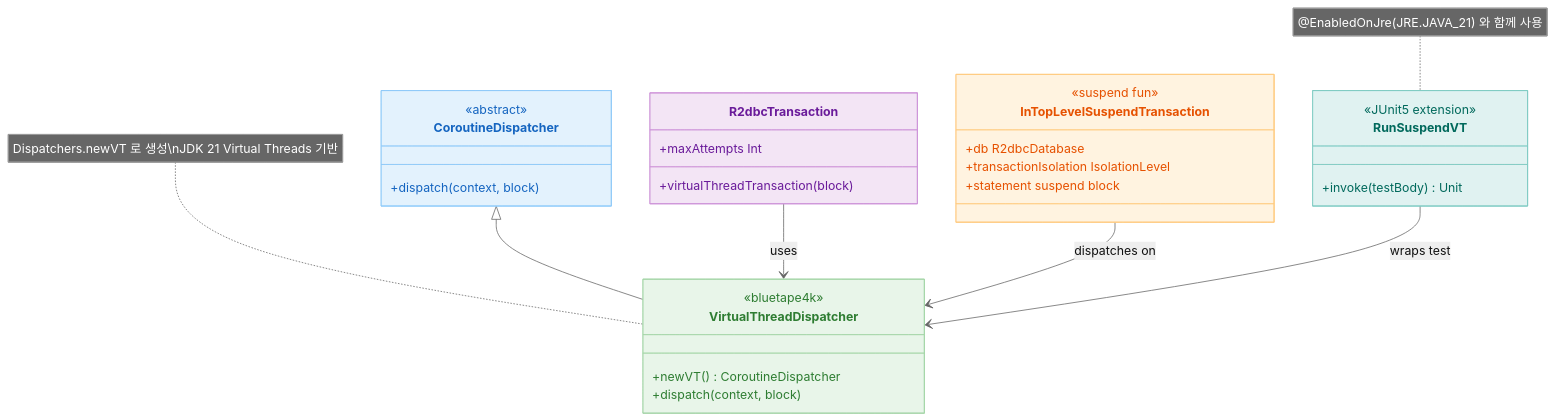
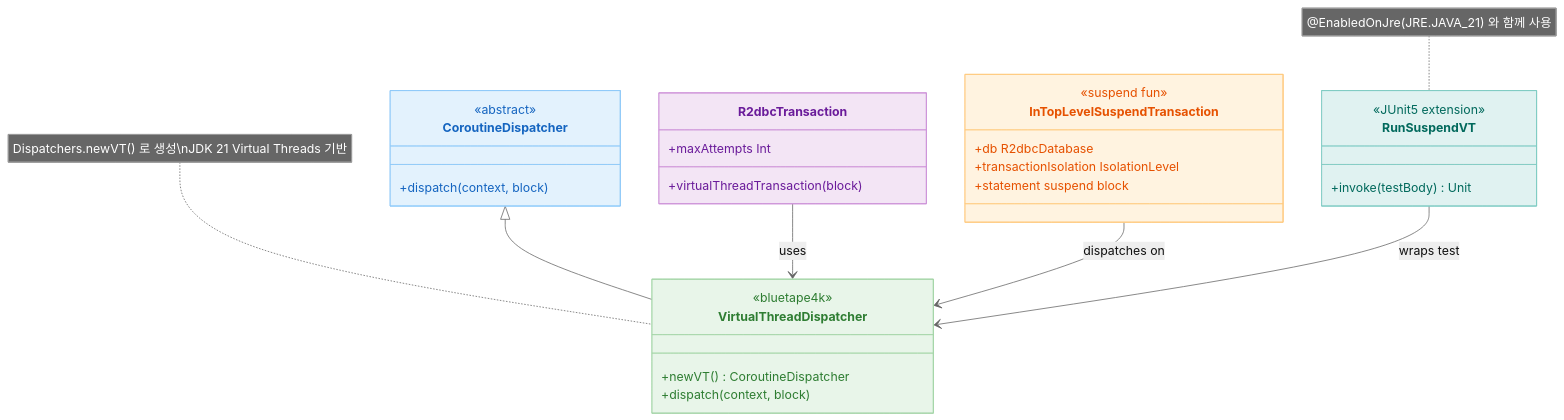
The third of 3 diagrams in 08-r2dbc-coroutines/02-exposed-r2dbc-virtualthreads-basic/README.ko.md (bluetape4k/exposed-r2dbc-workshop), drawn with Mermaid before and after one commit. The commit also changed other lines of this file and 25 other files, not shown here.

````diff
--- a/08-r2dbc-coroutines/02-exposed-r2dbc-virtualthreads-basic/README.ko.md
+++ b/08-r2dbc-coroutines/02-exposed-r2dbc-virtualthreads-basic/README.ko.md
@@ -290,41 +290,41 @@
 ```mermaid
 %%{init: {"theme": "neutral"}}%%
 classDiagram
     class CoroutineDispatcher {
         <<abstract>>
         +dispatch(context, block)
     }
     class VirtualThreadDispatcher {
         <<bluetape4k>>
         +newVT() CoroutineDispatcher
         +dispatch(context, block)
     }
     class R2dbcTransaction {
         +virtualThreadTransaction(block)
         +maxAttempts Int
     }
     class InTopLevelSuspendTransaction {
         <<suspend fun>>
         +db R2dbcDatabase
         +transactionIsolation IsolationLevel
         +statement suspend block
     }
     class RunSuspendVT {
         <<JUnit5 extension>>
         +invoke(testBody) Unit
     }
 
     CoroutineDispatcher <|-- VirtualThreadDispatcher
     R2dbcTransaction --> VirtualThreadDispatcher : uses
     InTopLevelSuspendTransaction --> VirtualThreadDispatcher : dispatches on
     RunSuspendVT --> VirtualThreadDispatcher : wraps test
 
-    note for VirtualThreadDispatcher "Dispatchers.newVT 로 생성\nJDK 21 Virtual Threads 기반"
+    note for VirtualThreadDispatcher "Dispatchers.newVT() 로 생성\nJDK 21 Virtual Threads 기반"
     note for RunSuspendVT "@EnabledOnJre(JRE.JAVA_21) 와 함께 사용"
 
     style CoroutineDispatcher fill:#E3F2FD,stroke:#90CAF9,color:#1565C0
     style VirtualThreadDispatcher fill:#E8F5E9,stroke:#A5D6A7,color:#2E7D32
     style R2dbcTransaction fill:#F3E5F5,stroke:#CE93D8,color:#6A1B9A
     style InTopLevelSuspendTransaction fill:#FFF3E0,stroke:#FFCC80,color:#E65100
     style RunSuspendVT fill:#E0F2F1,stroke:#80CBC4,color:#00695C
 ```
````
